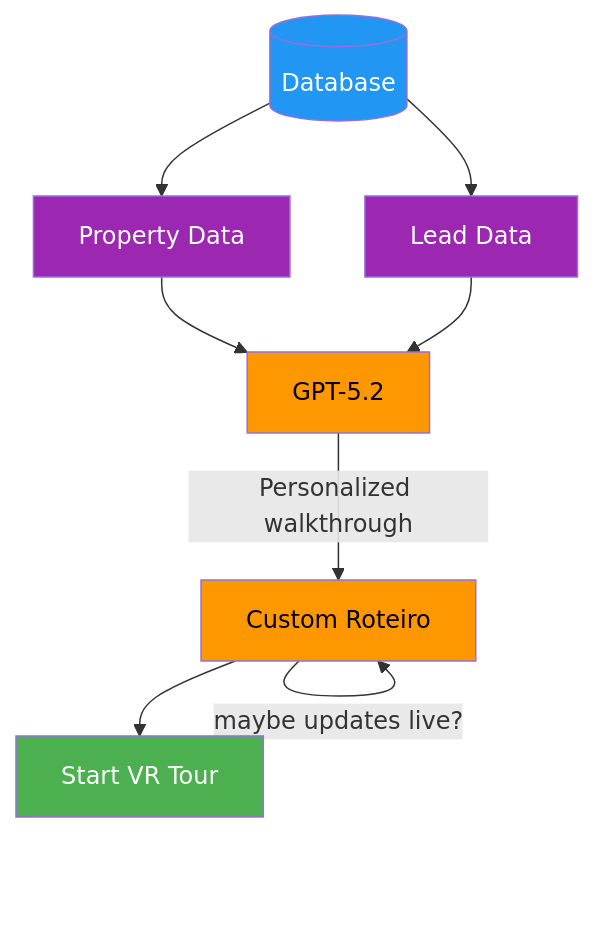
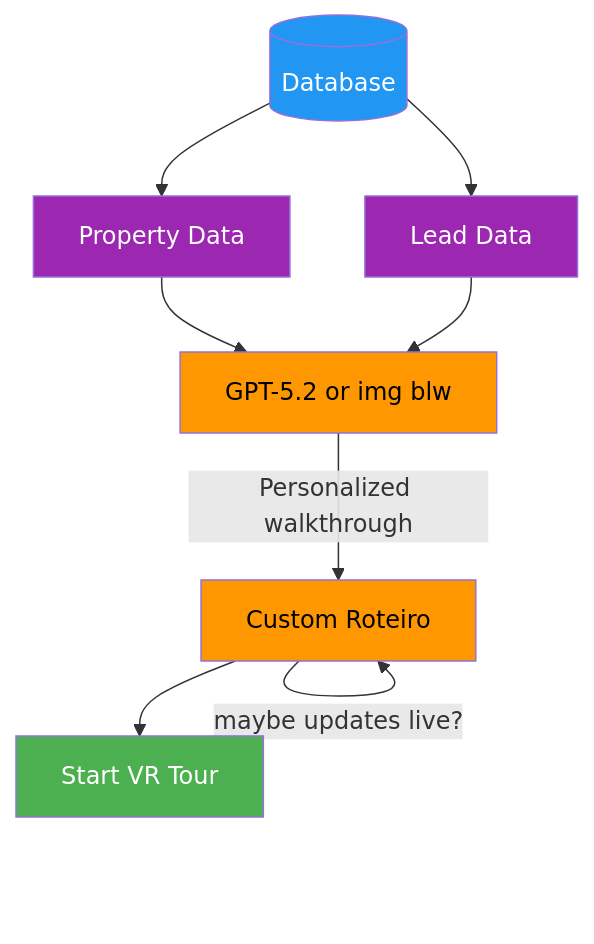
Before and after one commit to PeterReisNyman/Majestro: the fifth of 5 diagrams in Design/design.md, drawn with Mermaid. The commit also changed other lines of this file and 1 other file, not shown here.

````diff
--- a/Design/design.md
+++ b/Design/design.md
@@ -193,41 +193,41 @@
 ```mermaid
 flowchart TD
 
     %% ===== NODES =====
 
     DB[(Database)]
 
     PROP_DATA[Property Data]
     LEAD_DATA[Lead Data]
 
-    GPT[GPT-5.2]
+    GPT[GPT-5.2 or img blw]
 
     ROTEIRO[Custom Roteiro]
 
     VR[Start VR Tour]
 
 
     %% ===== CONNECTIONS =====
 
     DB --> PROP_DATA
     DB --> LEAD_DATA
 
     PROP_DATA --> GPT
     LEAD_DATA --> GPT
 
     GPT -->|Personalized walkthrough| ROTEIRO
 
     ROTEIRO -->|maybe updates live?| ROTEIRO
 
     ROTEIRO --> VR
 
 
     %% ===== STYLES =====
 
     style DB fill:#2196F3,color:#fff
     style PROP_DATA fill:#9C27B0,color:#fff
     style LEAD_DATA fill:#9C27B0,color:#fff
     style GPT fill:#ff9800,color:#000
     style ROTEIRO fill:#ff9800,color:#000
     style VR fill:#4CAF50,color:#fff
 ```
````
